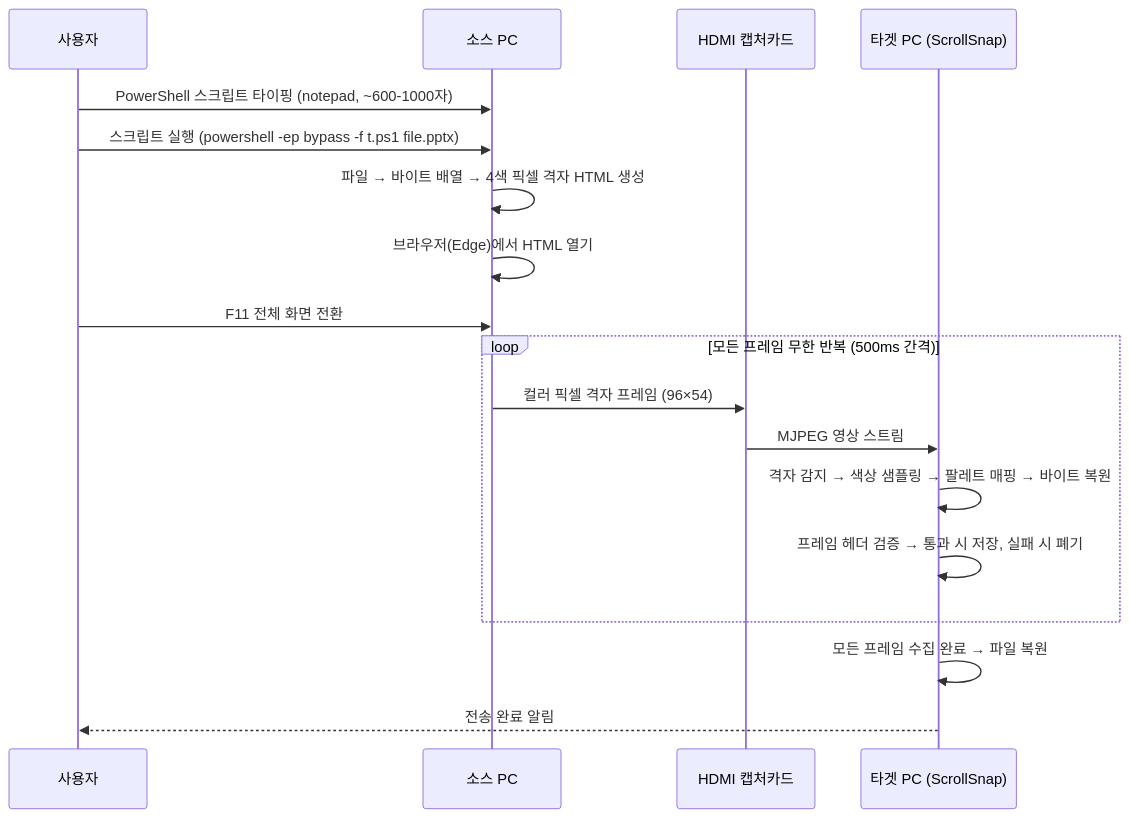
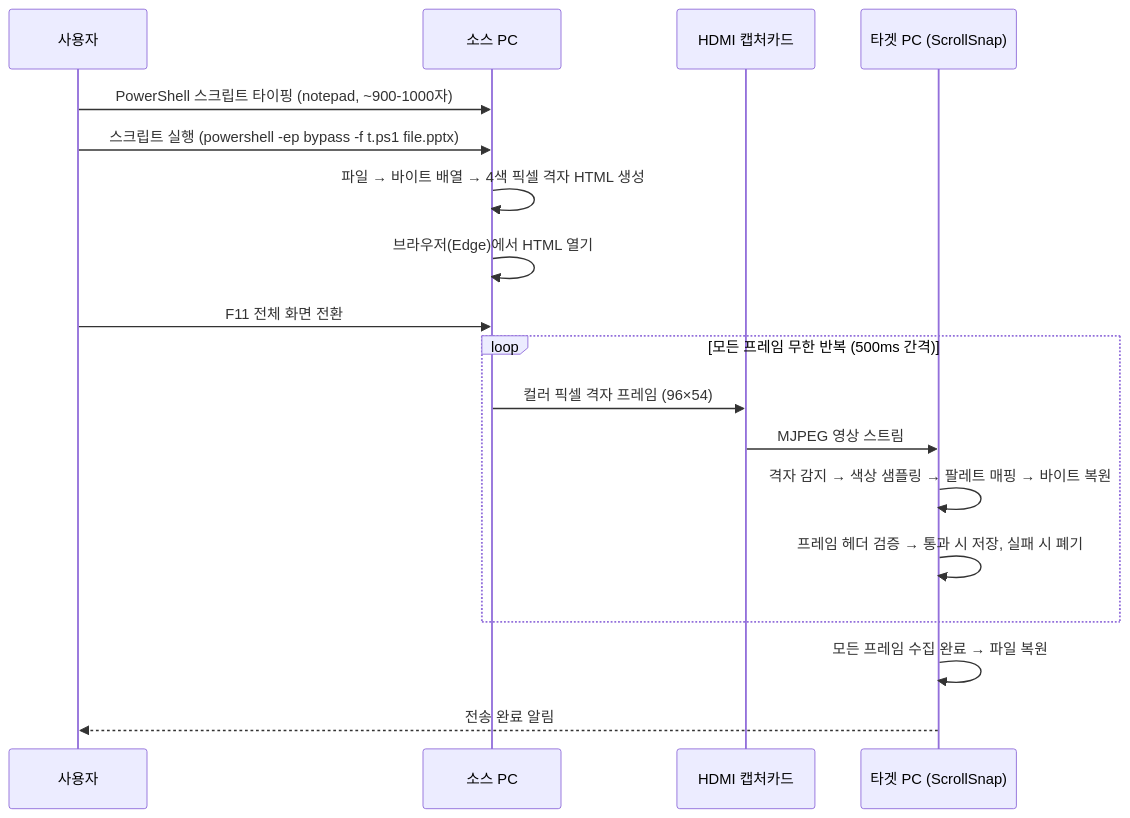
One commit to AidanPark/src-scroll-snap changed the diagram in plan/trans/ScrollSnap_Visual_Transfer_Method.md. Above: the diagram before and after it, drawn with Mermaid. The commit also changed other lines of this file and 3 other files, not shown here.

````diff
--- a/plan/trans/ScrollSnap_Visual_Transfer_Method.md
+++ b/plan/trans/ScrollSnap_Visual_Transfer_Method.md
@@ -57,23 +57,23 @@
 ```mermaid
 sequenceDiagram
     participant U as 사용자
     participant S as 소스 PC
     participant H as HDMI 캡처카드
     participant T as 타겟 PC (ScrollSnap)
 
-    U->>S: PowerShell 스크립트 타이핑 (notepad, ~600-1000자)
+    U->>S: PowerShell 스크립트 타이핑 (notepad, ~900-1000자)
     U->>S: 스크립트 실행 (powershell -ep bypass -f t.ps1 file.pptx)
     S->>S: 파일 → 바이트 배열 → 4색 픽셀 격자 HTML 생성
     S->>S: 브라우저(Edge)에서 HTML 열기
     U->>S: F11 전체 화면 전환
 
     loop 모든 프레임 무한 반복 (500ms 간격)
         S->>H: 컬러 픽셀 격자 프레임 (96×54)
         H->>T: MJPEG 영상 스트림
         T->>T: 격자 감지 → 색상 샘플링 → 팔레트 매핑 → 바이트 복원
         T->>T: 프레임 헤더 검증 → 통과 시 저장, 실패 시 폐기
     end
 
     T->>T: 모든 프레임 수집 완료 → 파일 복원
     T-->>U: 전송 완료 알림
 ```
````
